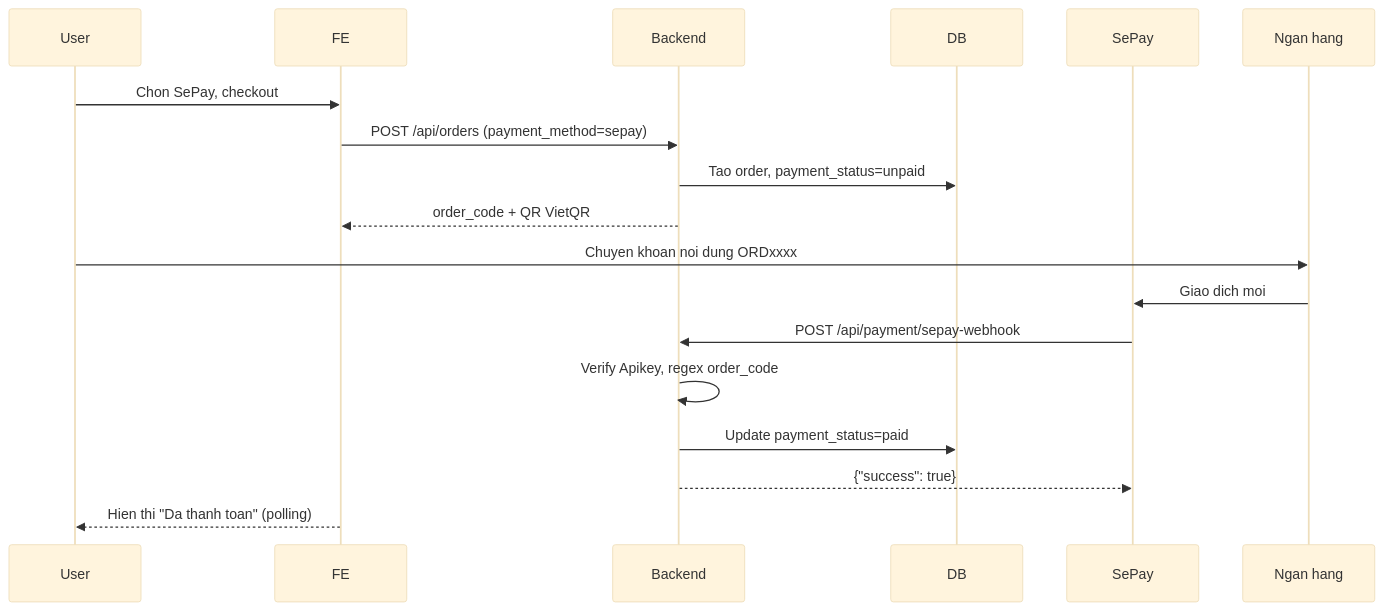
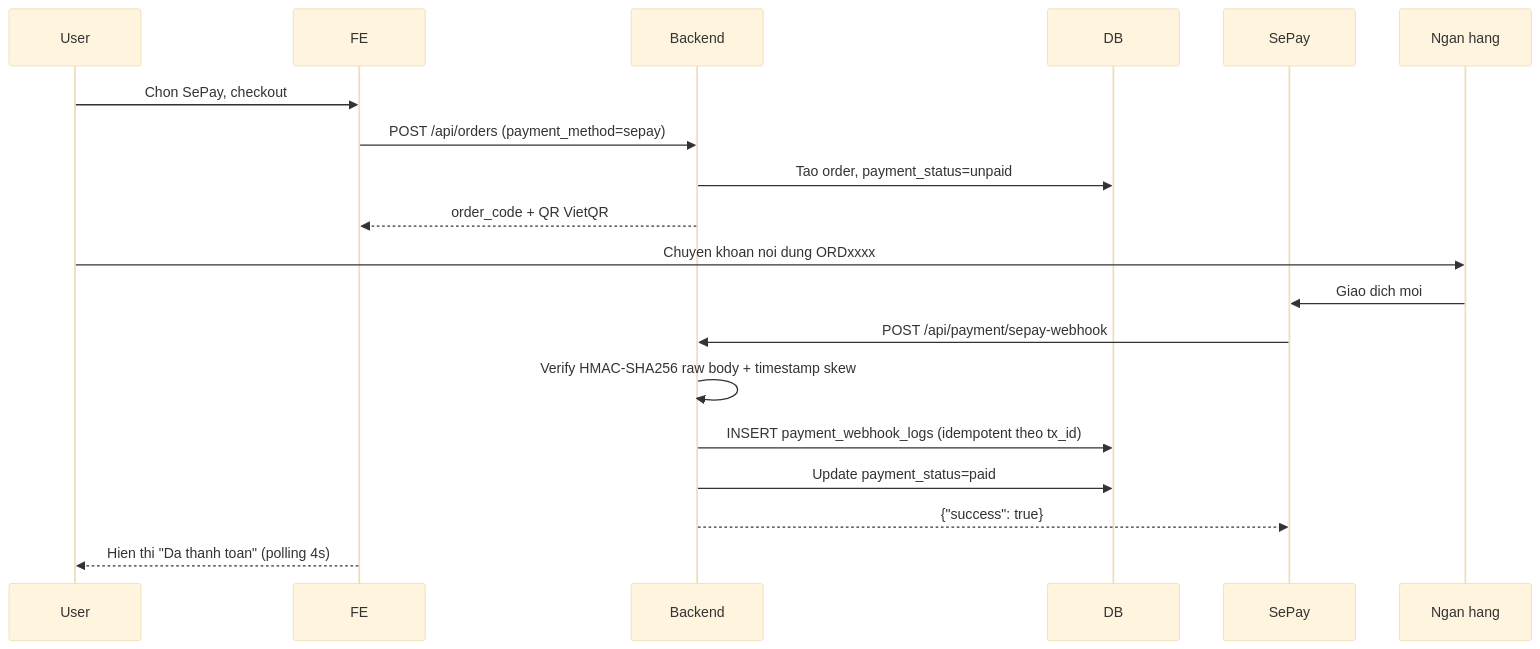
The second of 7 diagrams in docs/01-system-design.md (NgHuy-akaSteph/cosme-shop), drawn with Mermaid (base theme) before and after one commit. The commit also changed other lines of this file and 163 other files, not shown here.

````diff
--- a/docs/01-system-design.md
+++ b/docs/01-system-design.md
@@ -83,21 +84,22 @@
 ```mermaid
 sequenceDiagram
     participant U as User
     participant FE
     participant BE as Backend
     participant DB
     participant SP as SePay
     participant Bank as Ngan hang
 
     U->>FE: Chon SePay, checkout
     FE->>BE: POST /api/orders (payment_method=sepay)
     BE->>DB: Tao order, payment_status=unpaid
     BE-->>FE: order_code + QR VietQR
     U->>Bank: Chuyen khoan noi dung ORDxxxx
     Bank->>SP: Giao dich moi
     SP->>BE: POST /api/payment/sepay-webhook
-    BE->>BE: Verify Apikey, regex order_code
+    BE->>BE: Verify HMAC-SHA256 raw body + timestamp skew
+    BE->>DB: INSERT payment_webhook_logs (idempotent theo tx_id)
     BE->>DB: Update payment_status=paid
     BE-->>SP: {"success": true}
-    FE-->>U: Hien thi "Da thanh toan" (polling)
+    FE-->>U: Hien thi "Da thanh toan" (polling 4s)
 ```
````
